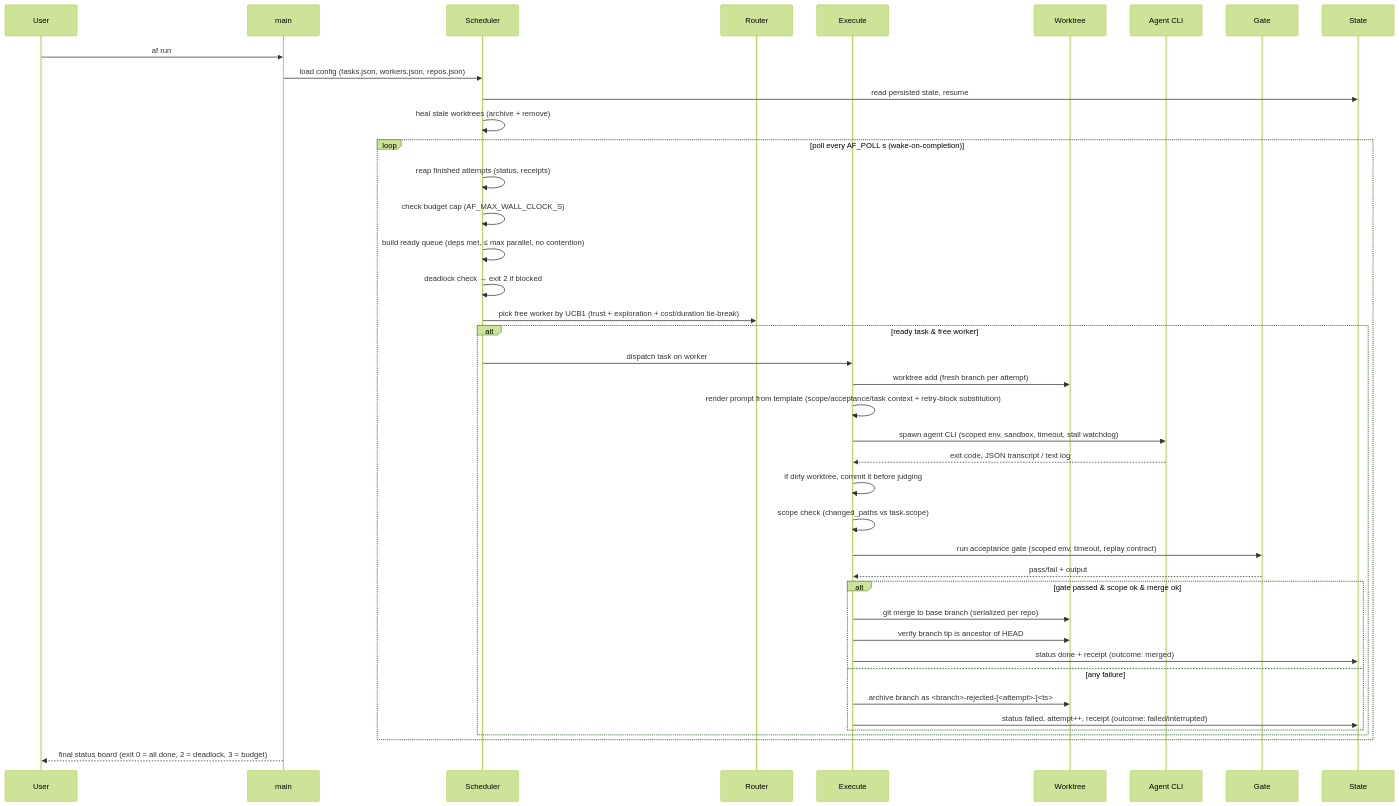
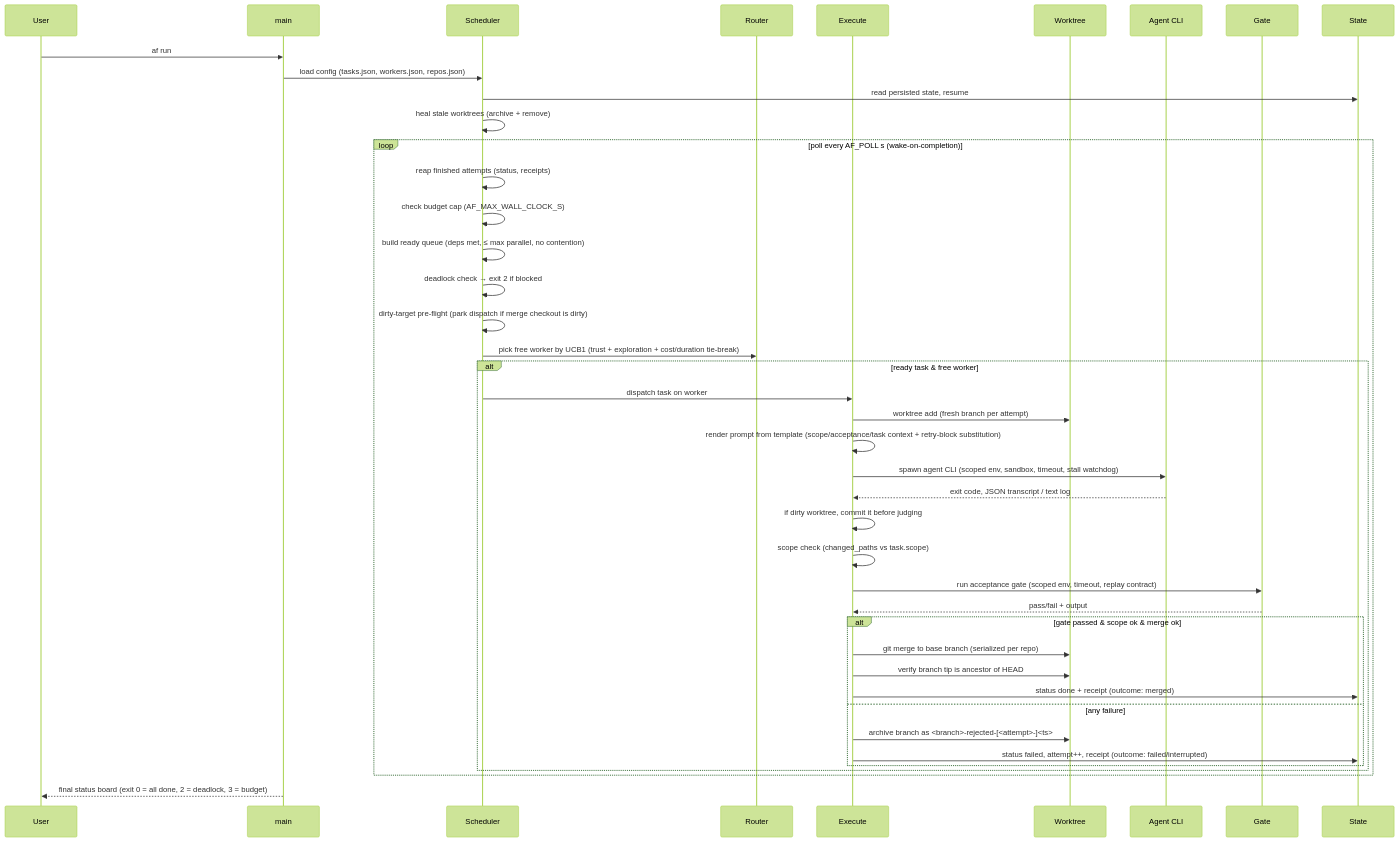
One commit to tobias-weiss-ai-xr/agentflow-public changed the diagram in docs/arc42/06-runtime-view.md. Above: the diagram before and after it, drawn with Mermaid (forest theme). The commit also changed other lines of this file and 31 other files, not shown here.

````diff
--- a/docs/arc42/06-runtime-view.md
+++ b/docs/arc42/06-runtime-view.md
@@ -5,44 +5,45 @@
 ```mermaid
 sequenceDiagram
   participant U as User
   participant M as main
   participant S as Scheduler
   participant R as Router
   participant E as Execute
   participant WT as Worktree
   participant A as Agent CLI
   participant G as Gate
   participant ST as State
 
   U->>M: af run
   M->>S: load config (tasks.json, workers.json, repos.json)
   S->>ST: read persisted state, resume
   S->>S: heal stale worktrees (archive + remove)
   loop poll every AF_POLL s (wake-on-completion)
     S->>S: reap finished attempts (status, receipts)
     S->>S: check budget cap (AF_MAX_WALL_CLOCK_S)
     S->>S: build ready queue (deps met, ≤ max parallel, no contention)
     S->>S: deadlock check → exit 2 if blocked
+    S->>S: dirty-target pre-flight (park dispatch if merge checkout is dirty)
     S->>R: pick free worker by UCB1 (trust + exploration + cost/duration tie-break)
     alt ready task & free worker
       S->>E: dispatch task on worker
       E->>WT: worktree add (fresh branch per attempt)
       E->>E: render prompt from template (scope/acceptance/task context + retry-block substitution)
       E->>A: spawn agent CLI (scoped env, sandbox, timeout, stall watchdog)
       A-->>E: exit code, JSON transcript / text log
       E->>E: if dirty worktree, commit it before judging
       E->>E: scope check (changed_paths vs task.scope)
       E->>G: run acceptance gate (scoped env, timeout, replay contract)
       G-->>E: pass/fail + output
       alt gate passed & scope ok & merge ok
         E->>WT: git merge to base branch (serialized per repo)
         E->>WT: verify branch tip is ancestor of HEAD
         E->>ST: status done + receipt (outcome: merged)
       else any failure
         E->>WT: archive branch as <branch>-rejected-[<attempt>-]<ts>
         E->>ST: status failed, attempt++, receipt (outcome: failed/interrupted)
       end
     end
   end
   M-->>U: final status board (exit 0 = all done, 2 = deadlock, 3 = budget)
 ```
````
